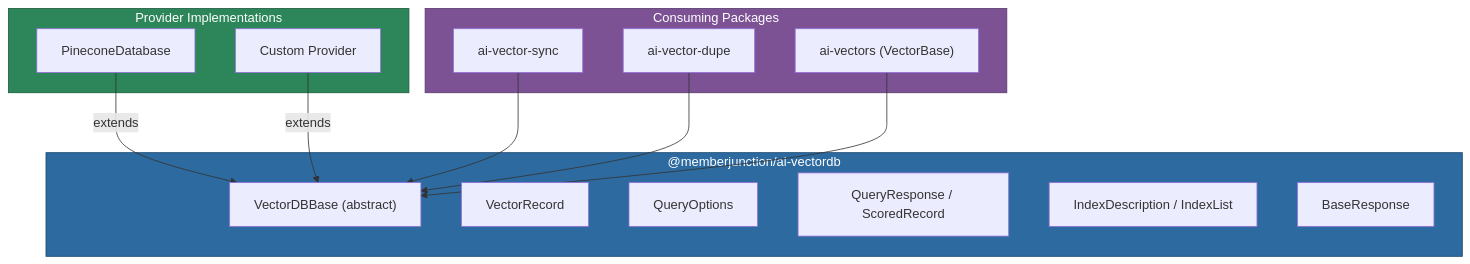
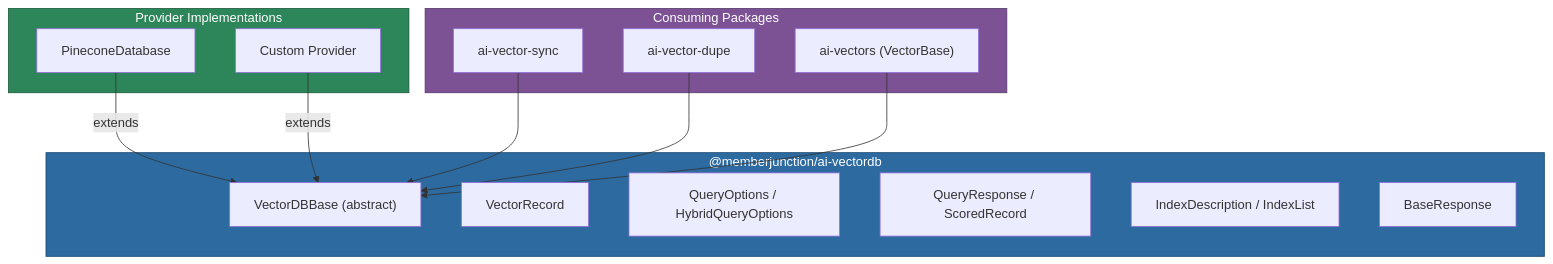
The first of 3 diagrams in packages/AI/Vectors/Database/README.md (MemberJunction/MJ), drawn with Mermaid before and after one commit. The commit also changed other lines of this file and 32 other files, not shown here.

````diff
--- a/packages/AI/Vectors/Database/README.md
+++ b/packages/AI/Vectors/Database/README.md
@@ -7,32 +7,32 @@
 ```mermaid
 graph TD
     subgraph Abstraction["@memberjunction/ai-vectordb"]
         VDBB["VectorDBBase (abstract)"]
         VR["VectorRecord"]
-        QO["QueryOptions"]
+        QO["QueryOptions / HybridQueryOptions"]
         QR["QueryResponse / ScoredRecord"]
         IDX["IndexDescription / IndexList"]
         BR["BaseResponse"]
     end
 
     subgraph Implementations["Provider Implementations"]
         PC["PineconeDatabase"]
         CUSTOM["Custom Provider"]
     end
 
     subgraph Consumers["Consuming Packages"]
         SYNC["ai-vector-sync"]
         DUPE["ai-vector-dupe"]
         CORE["ai-vectors (VectorBase)"]
     end
 
     PC -->|extends| VDBB
     CUSTOM -->|extends| VDBB
     SYNC --> VDBB
     DUPE --> VDBB
     CORE --> VDBB
 
     style Abstraction fill:#2d6a9f,stroke:#1a4971,color:#fff
     style Implementations fill:#2d8659,stroke:#1a5c3a,color:#fff
     style Consumers fill:#7c5295,stroke:#563a6b,color:#fff
 ```
````
